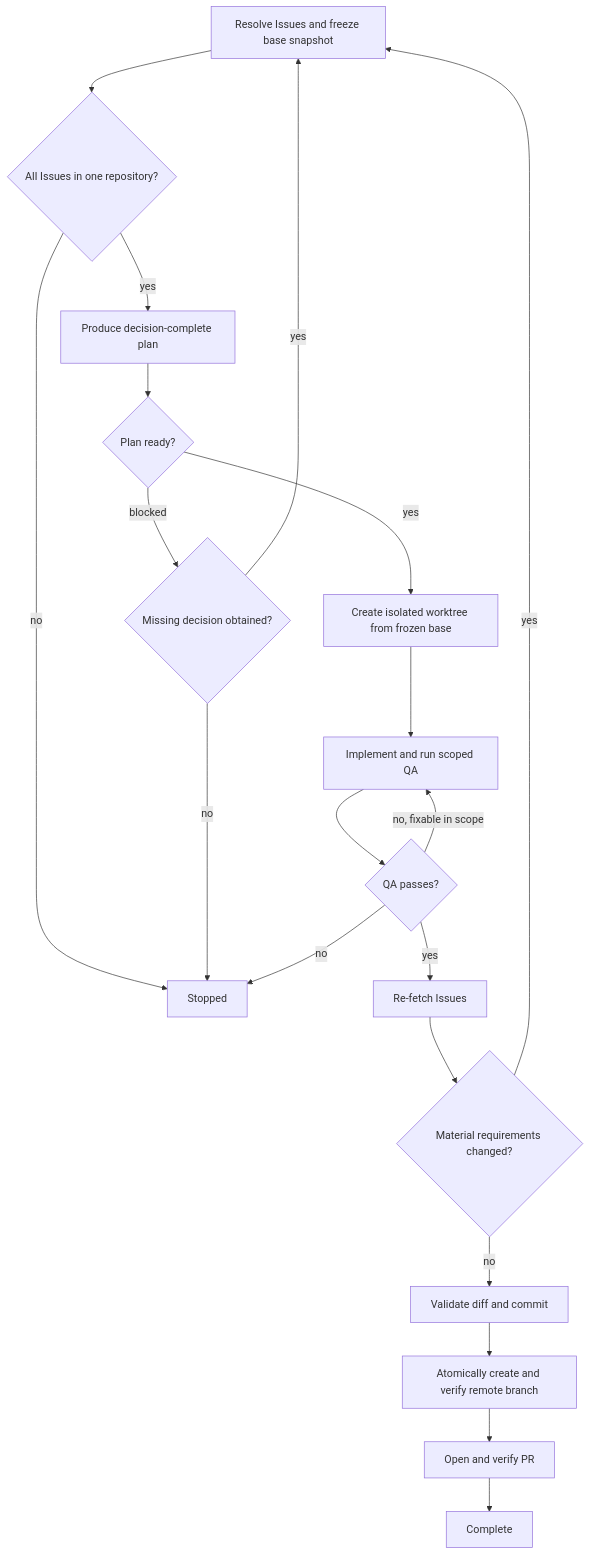
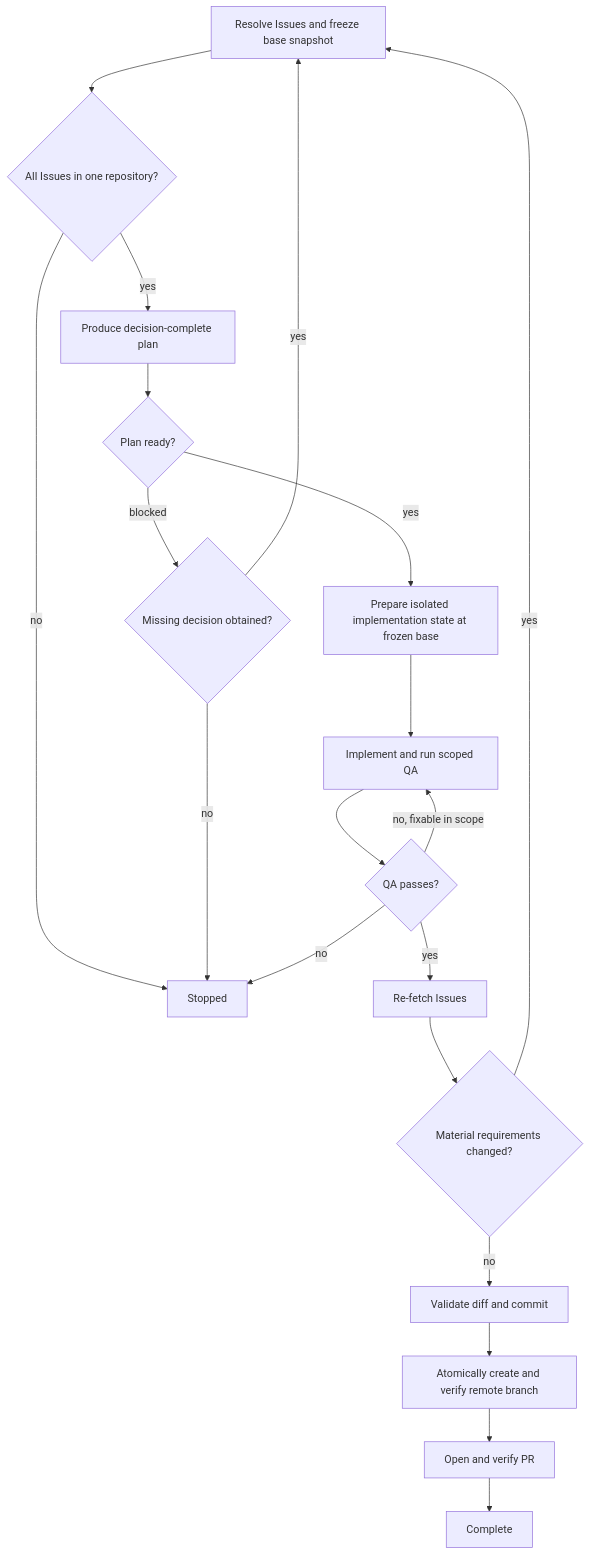
The diagram in skills/issue-to-pr/SKILL.md (dceoy/pr-loop), drawn with Mermaid before and after one commit. The commit also changed other lines of this file and 6 other files, not shown here.

````diff
--- a/skills/issue-to-pr/SKILL.md
+++ b/skills/issue-to-pr/SKILL.md
@@ -42,22 +45,22 @@
 ```mermaid
 flowchart TD
   A[Resolve Issues and freeze base snapshot] --> B{All Issues in one repository?}
   B -->|no| X[Stopped]
   B -->|yes| C[Produce decision-complete plan]
   C --> D{Plan ready?}
   D -->|blocked| E{Missing decision obtained?}
   E -->|no| X
   E -->|yes| A
-  D -->|yes| F[Create isolated worktree from frozen base]
+  D -->|yes| F[Prepare isolated implementation state at frozen base]
   F --> G[Implement and run scoped QA]
   G --> H{QA passes?}
   H -->|no, fixable in scope| G
   H -->|no| X
   H -->|yes| I[Re-fetch Issues]
   I --> J{Material requirements changed?}
   J -->|yes| A
   J -->|no| K[Validate diff and commit]
   K --> L[Atomically create and verify remote branch]
   L --> M[Open and verify PR]
   M --> N[Complete]
 ```
````
